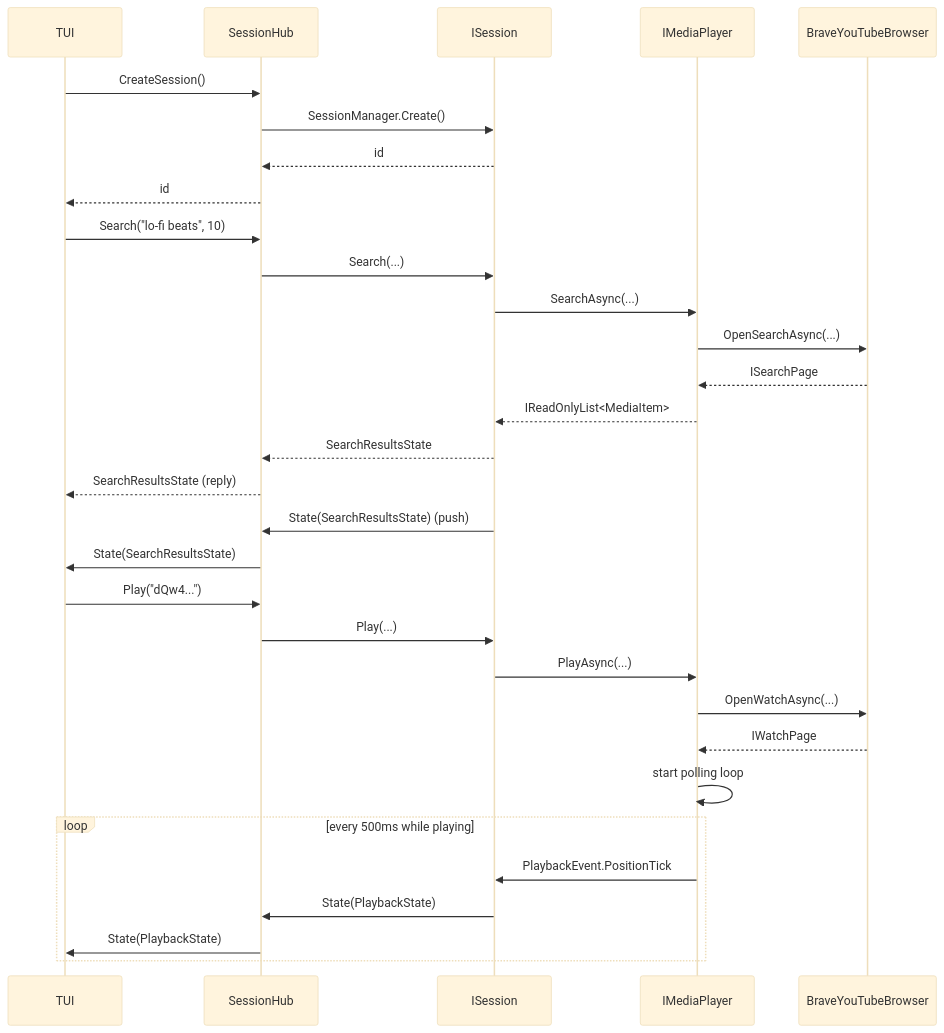
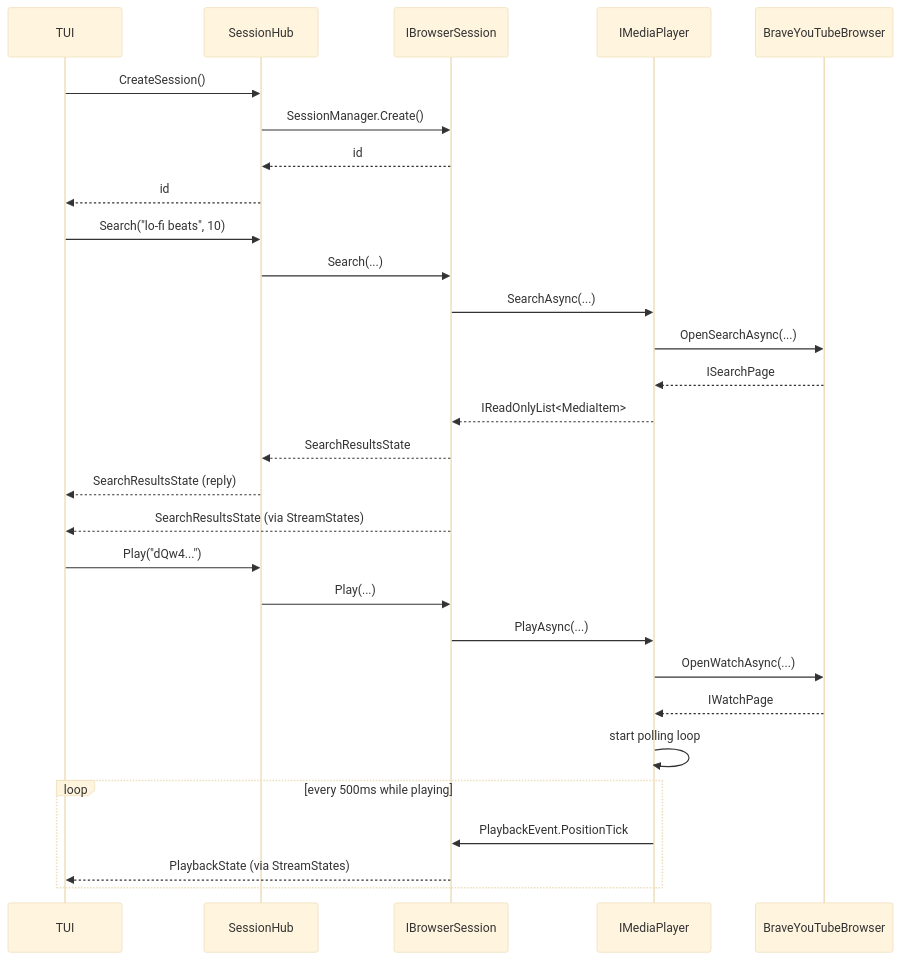
The fourth of 7 diagrams in doc/server-design.md (Yeti47/BluKube), drawn with Mermaid (base theme) before and after one commit. The commit also changed other lines of this file and 17 other files, not shown here.

````diff
--- a/doc/server-design.md
+++ b/doc/server-design.md
@@ -247,36 +248,34 @@
 ```mermaid
 sequenceDiagram
     participant TUI
     participant Hub as SessionHub
-    participant Sess as ISession
+    participant Sess as IBrowserSession
     participant Player as IMediaPlayer
     participant Brave as BraveYouTubeBrowser
 
     TUI->>Hub: CreateSession()
     Hub->>Sess: SessionManager.Create()
     Sess-->>Hub: id
     Hub-->>TUI: id
 
     TUI->>Hub: Search("lo-fi beats", 10)
     Hub->>Sess: Search(...)
     Sess->>Player: SearchAsync(...)
     Player->>Brave: OpenSearchAsync(...)
     Brave-->>Player: ISearchPage
     Player-->>Sess: IReadOnlyList<MediaItem>
     Sess-->>Hub: SearchResultsState
     Hub-->>TUI: SearchResultsState (reply)
-    Sess->>Hub: State(SearchResultsState) (push)
-    Hub->>TUI: State(SearchResultsState)
+    Sess-->>TUI: SearchResultsState (via StreamStates)
 
     TUI->>Hub: Play("dQw4...")
     Hub->>Sess: Play(...)
     Sess->>Player: PlayAsync(...)
     Player->>Brave: OpenWatchAsync(...)
     Brave-->>Player: IWatchPage
     Player->>Player: start polling loop
     loop every 500ms while playing
         Player->>Sess: PlaybackEvent.PositionTick
-        Sess->>Hub: State(PlaybackState)
-        Hub->>TUI: State(PlaybackState)
+        Sess-->>TUI: PlaybackState (via StreamStates)
     end
 ```
````
